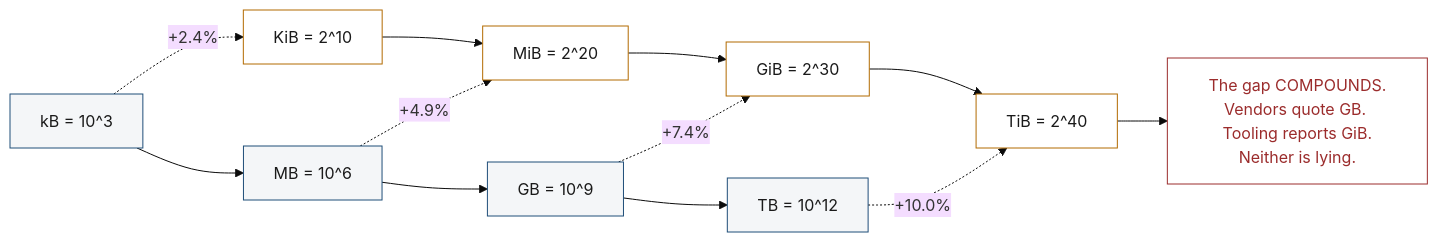
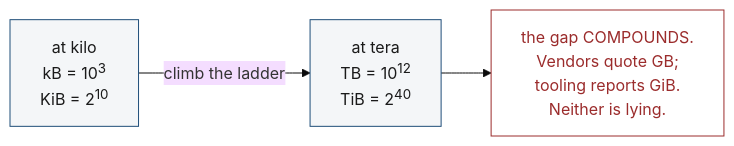
The diagram in figures/mermaid/en/f01-prefixes.mmd (konradcinkusz/math-for-ai-engineers), drawn with Mermaid (base theme) before and after one commit. The commit also changed 24 other files, not shown here.

```diff
--- a/figures/mermaid/en/f01-prefixes.mmd
+++ b/figures/mermaid/en/f01-prefixes.mmd
@@ -1,15 +1,7 @@
 flowchart LR
   classDef si fill:#F4F6F8,stroke:#1F4E79,color:#1a1a1a
-  classDef bin fill:#FFFFFF,stroke:#B26A00,color:#1a1a1a
   classDef gap fill:#FFFFFF,stroke:#9B2C2C,color:#9B2C2C
 
-  s1["kB = 10^3"]:::si --> s2["MB = 10^6"]:::si --> s3["GB = 10^9"]:::si --> s4["TB = 10^12"]:::si
-  b1["KiB = 2^10"]:::bin --> b2["MiB = 2^20"]:::bin --> b3["GiB = 2^30"]:::bin --> b4["TiB = 2^40"]:::bin
-
-  s1 -.->|"+2.4%"| b1
-  s2 -.->|"+4.9%"| b2
-  s3 -.->|"+7.4%"| b3
-  s4 -.->|"+10.0%"| b4
-
-  d["The gap COMPOUNDS.<br/>Vendors quote GB. Tooling reports GiB.<br/>Neither is lying."]:::gap
-  b4 --> d
+  a["at kilo<br/>kB = 10<sup>3</sup><br/>KiB = 2<sup>10</sup>"]:::si
+  a -- "climb the ladder" --> b["at tera<br/>TB = 10<sup>12</sup><br/>TiB = 2<sup>40</sup>"]:::si
+  b --> d["the gap COMPOUNDS.<br/>Vendors quote GB;<br/>tooling reports GiB.<br/>Neither is lying."]:::gap
```
